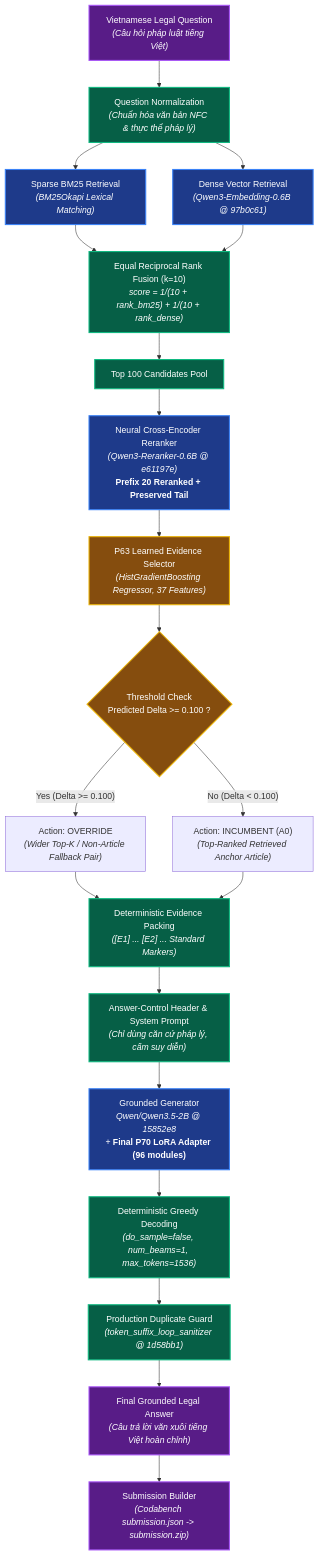
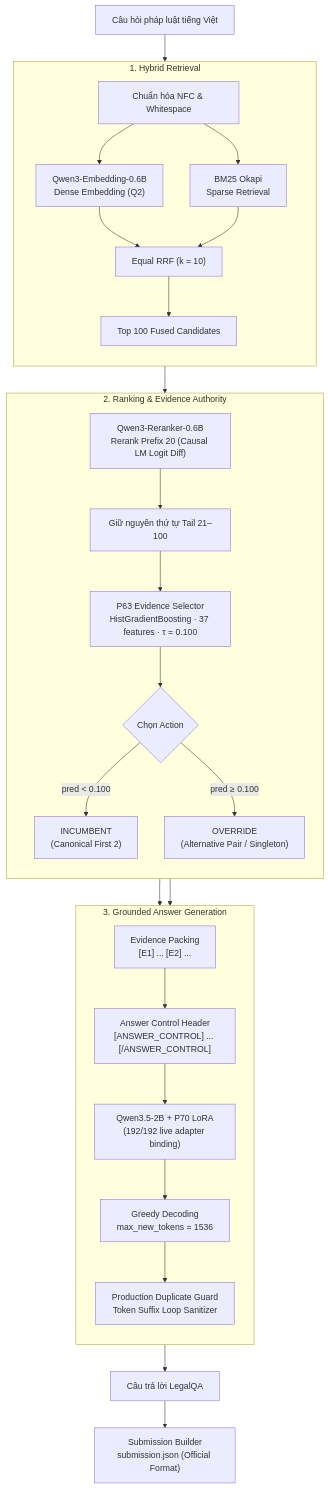
One commit to Chef221/DSC-LegalQA changed the diagram in docs/diagrams/architecture.mmd. Above: the diagram before and after it, drawn with Mermaid. The commit also changed 34 other files, not shown here.

```diff
--- a/docs/diagrams/architecture.mmd
+++ b/docs/diagrams/architecture.mmd
@@ -1,44 +1,55 @@
-graph TD
-    UserQuery["Vietnamese Legal Question<br/><i>(Câu hỏi pháp luật tiếng Việt)</i>"] --> Normalization["Question Normalization<br/><i>(Chuẩn hóa văn bản NFC & thực thể pháp lý)</i>"]
-    
-    Normalization --> BM25["Sparse BM25 Retrieval<br/><i>(BM25Okapi Lexical Matching)</i>"]
-    Normalization --> Dense["Dense Vector Retrieval<br/><i>(Qwen3-Embedding-0.6B @ 97b0c61)</i>"]
-    
-    BM25 --> RRF["Equal Reciprocal Rank Fusion (k=10)<br/><i>score = 1/(10 + rank_bm25) + 1/(10 + rank_dense)</i>"]
-    Dense --> RRF
-    
-    RRF --> Top100["Top 100 Candidates Pool"]
-    
-    Top100 --> Reranker["Neural Cross-Encoder Reranker<br/><i>(Qwen3-Reranker-0.6B @ e61197e)</i><br/><b>Prefix 20 Reranked + Preserved Tail</b>"]
-    
-    Reranker --> Selector["P63 Learned Evidence Selector<br/><i>(HistGradientBoosting Regressor, 37 Features)</i>"]
-    
-    Selector --> Decision{"Threshold Check<br/>Predicted Delta >= 0.100 ?"}
-    
-    Decision -- "Yes (Delta >= 0.100)" --> Override["Action: OVERRIDE<br/><i>(Wider Top-K / Non-Article Fallback Pair)</i>"]
-    Decision -- "No (Delta < 0.100)" --> Incumbent["Action: INCUMBENT (A0)<br/><i>(Top-Ranked Retrieved Anchor Article)</i>"]
-    
-    Override --> Packing["Deterministic Evidence Packing<br/><i>([E1] ... [E2] ... Standard Markers)</i>"]
-    Incumbent --> Packing
-    
-    Packing --> Control["Answer-Control Header & System Prompt<br/><i>(Chỉ dùng căn cứ pháp lý, cấm suy diễn)</i>"]
-    
-    Control --> Generator["Grounded Generator<br/><i>Qwen/Qwen3.5-2B @ 15852e8</i><br/>+ <b>Final P70 LoRA Adapter (96 modules)</b>"]
-    
-    Generator --> Decoding["Deterministic Greedy Decoding<br/><i>(do_sample=false, num_beams=1, max_tokens=1536)</i>"]
-    
-    Decoding --> DupGuard["Production Duplicate Guard<br/><i>(token_suffix_loop_sanitizer @ 1d58bb1)</i>"]
-    
-    DupGuard --> FinalAnswer["Final Grounded Legal Answer<br/><i>(Câu trả lời văn xuôi tiếng Việt hoàn chỉnh)</i>"]
-    
-    FinalAnswer --> SubBuilder["Submission Builder<br/><i>(Codabench submission.json -> submission.zip)</i>"]
+flowchart TD
+    Q["Câu hỏi pháp luật tiếng Việt"] --> SUB1
 
-    classDef primary fill:#1e3a8a,stroke:#3b82f6,stroke-width:2px,color:#ffffff;
-    classDef branch fill:#065f46,stroke:#10b981,stroke-width:2px,color:#ffffff;
-    classDef decision fill:#854d0e,stroke:#eab308,stroke-width:2px,color:#ffffff;
-    classDef finish fill:#581c87,stroke:#a855f7,stroke-width:2px,color:#ffffff;
+    subgraph SUB1["1. Hybrid Retrieval"]
+        direction TB
+        NORM["Chuẩn hóa NFC & Whitespace"]
+        DENSE["Qwen3-Embedding-0.6B<br/>Dense Embedding (Q2)"]
+        SPARSE["BM25 Okapi<br/>Sparse Retrieval"]
+        RRF["Equal RRF (k = 10)"]
+        TOP100["Top 100 Fused Candidates"]
 
-    class UserQuery,FinalAnswer,SubBuilder finish;
-    class BM25,Dense,Reranker,Generator primary;
-    class Normalization,RRF,Top100,Packing,Control,Decoding,DupGuard branch;
-    class Selector,Decision decision;
+        NORM --> DENSE
+        NORM --> SPARSE
+        DENSE --> RRF
+        SPARSE --> RRF
+        RRF --> TOP100
+    end
+
+    TOP100 --> SUB2
+
+    subgraph SUB2["2. Ranking & Evidence Authority"]
+        direction TB
+        RERANK["Qwen3-Reranker-0.6B<br/>Rerank Prefix 20 (Causal LM Logit Diff)"]
+        TAIL["Giữ nguyên thứ tự Tail 21–100"]
+        P63["P63 Evidence Selector<br/>HistGradientBoosting · 37 features · τ = 0.100"]
+        DECIDE{"Chọn Action"}
+        INCUMBENT["INCUMBENT<br/>(Canonical First 2)"]
+        OVERRIDE["OVERRIDE<br/>(Alternative Pair / Singleton)"]
+
+        RERANK --> TAIL
+        TAIL --> P63
+        P63 --> DECIDE
+        DECIDE -->|pred < 0.100| INCUMBENT
+        DECIDE -->|pred ≥ 0.100| OVERRIDE
+    end
+
+    INCUMBENT --> SUB3
+    OVERRIDE --> SUB3
+
+    subgraph SUB3["3. Grounded Answer Generation"]
+        direction TB
+        PACK["Evidence Packing<br/>[E1] ... [E2] ..."]
+        CTRL["Answer Control Header<br/>[ANSWER_CONTROL] ... [/ANSWER_CONTROL]"]
+        GEN["Qwen3.5-2B + P70 LoRA<br/>(192/192 live adapter binding)"]
+        DECODE["Greedy Decoding<br/>max_new_tokens = 1536"]
+        GUARD["Production Duplicate Guard<br/>Token Suffix Loop Sanitizer"]
+
+        PACK --> CTRL
+        CTRL --> GEN
+        GEN --> DECODE
+        DECODE --> GUARD
+    end
+
+    GUARD --> ANS["Câu trả lời LegalQA"]
+    ANS --> SUBMIT["Submission Builder<br/>submission.json (Official Format)"]
```
